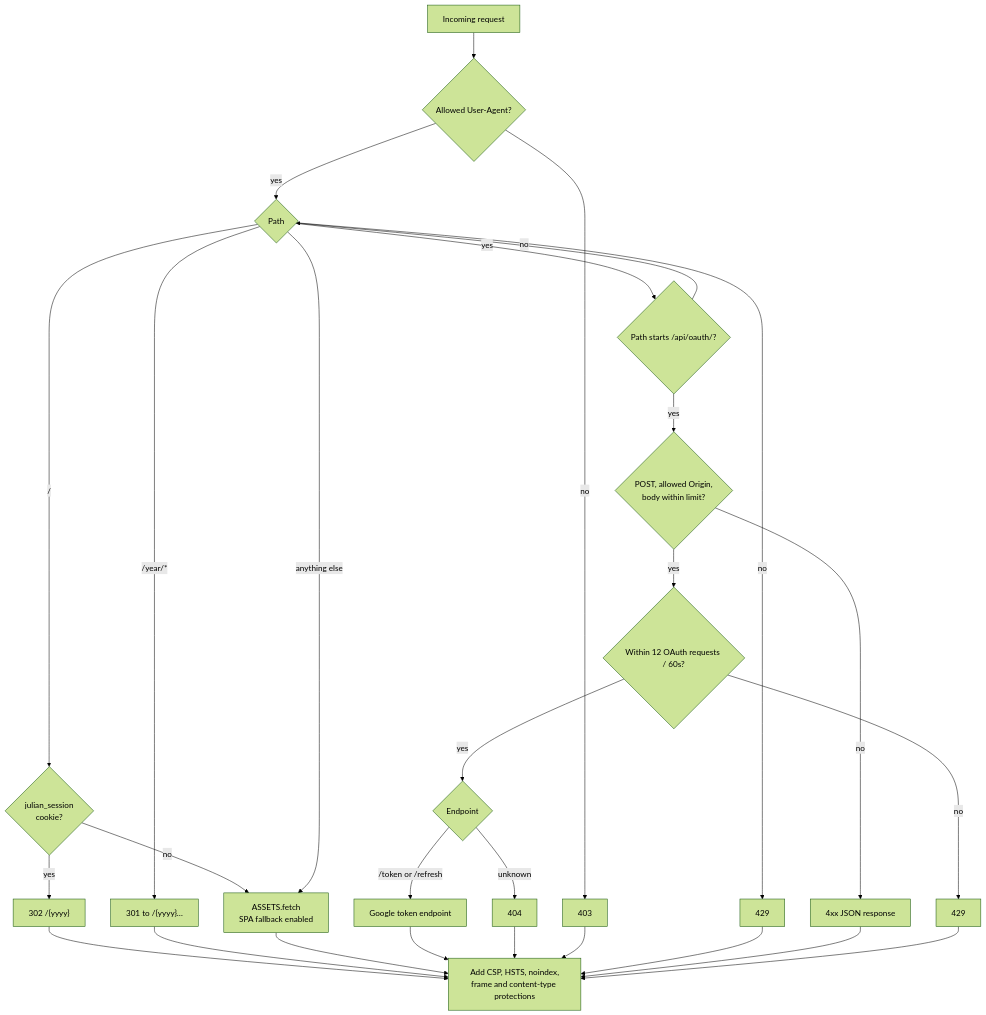
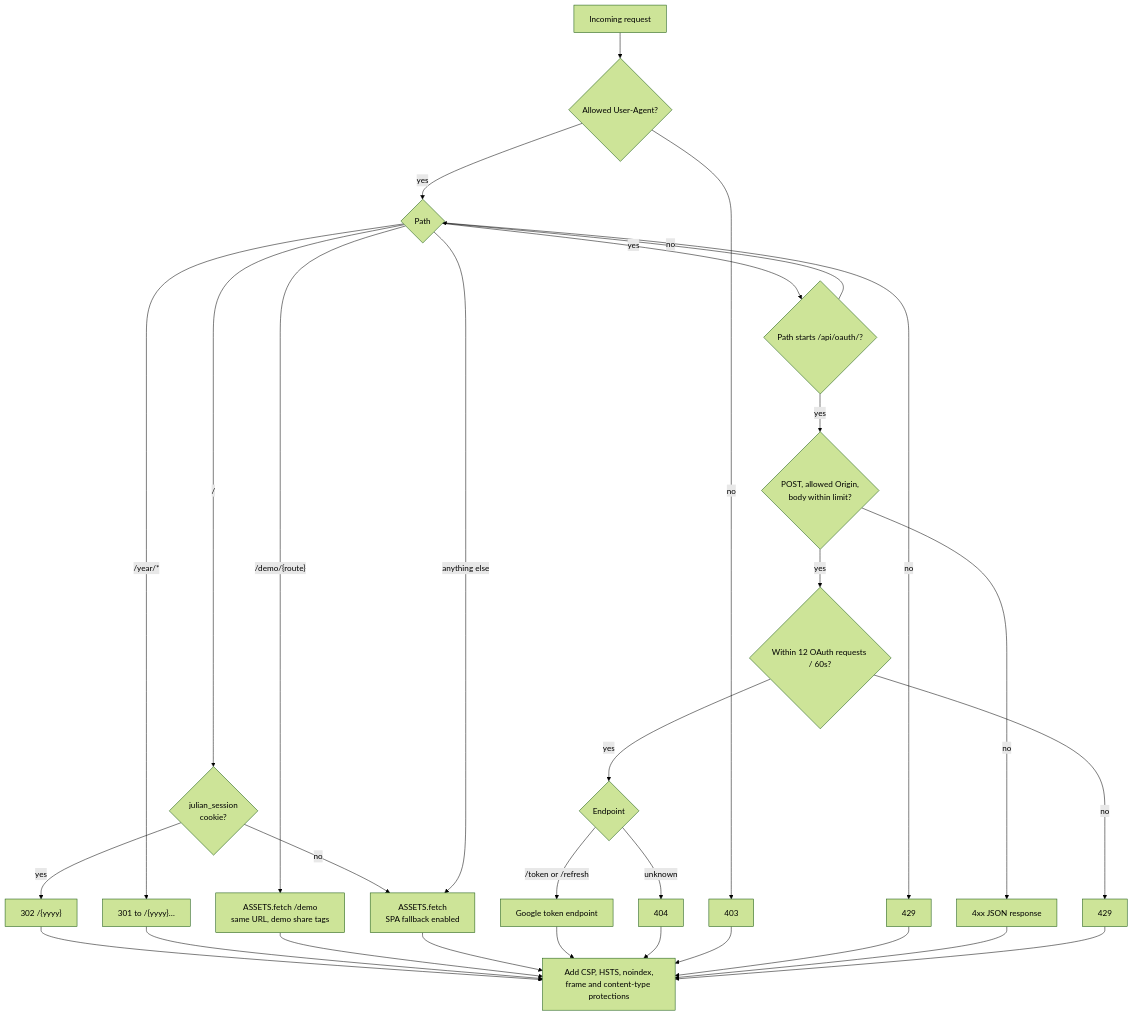
One commit to krmznkr/julian changed the second of 6 diagrams in docs/architecture.md. Above: the diagram before and after it, drawn with Mermaid (forest theme). The commit also changed other lines of this file and 6 other files, not shown here.

````diff
--- a/docs/architecture.md
+++ b/docs/architecture.md
@@ -54,38 +54,39 @@
 ```mermaid
 flowchart TD
   request["Incoming request"]
   bot{"Allowed User-Agent?"}
   site{"Within 240 requests / 60s<br/>for this client IP?"}
   oauth{"Path starts /api/oauth/?"}
   origin{"POST, allowed Origin,<br/>body within limit?"}
   oauthRate{"Within 12 OAuth requests / 60s?"}
   endpoint{"Endpoint"}
   google["Google token endpoint"]
   site{"Path"}
   asset["ASSETS.fetch<br/>SPA fallback enabled"]
   root{"julian_session<br/>cookie?"}
   headers["Add CSP, HSTS, noindex,<br/>frame and content-type protections"]
 
   request --> bot
   bot -->|"no"| deny["403"]
   bot -->|"yes"| site
   site -->|"no"| limited["429"]
   site -->|"yes"| oauth
   oauth -->|"no"| site
   site -->|"/"| root
   root -->|"yes"| year["302 /{yyyy}"] --> headers
   root -->|"no"| asset
   site -->|"/year/*"| legacy["301 to /{yyyy}…"] --> headers
+  site -->|"/demo/{route}"| demo["ASSETS.fetch /demo<br/>same URL, demo share tags"] --> headers
   site -->|"anything else"| asset --> headers
   oauth -->|"yes"| origin
   origin -->|"no"| reject["4xx JSON response"]
   origin -->|"yes"| oauthRate
   oauthRate -->|"no"| oauthLimited["429"]
   oauthRate -->|"yes"| endpoint
   endpoint -->|"/token or /refresh"| google --> headers
   endpoint -->|"unknown"| missing["404"] --> headers
   deny --> headers
   limited --> headers
   reject --> headers
   oauthLimited --> headers
 ```
````
